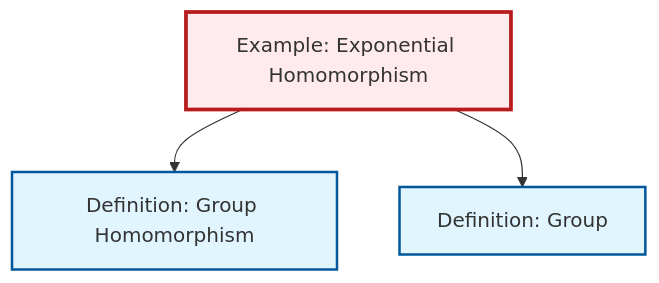
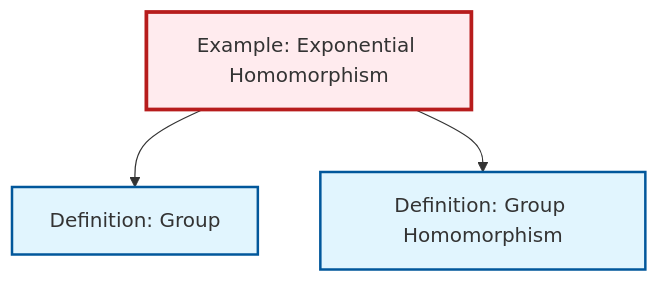
One commit to RK0429/ModernMath changed the diagram in output/mermaid/ex-exponential-homomorphism.mermaid. Above: the diagram before and after it, drawn with Mermaid. The commit also changed other lines of this file and 1111 other files, not shown here.

````diff
--- a/output/mermaid/ex-exponential-homomorphism.mermaid
+++ b/output/mermaid/ex-exponential-homomorphism.mermaid
@@ -1,15 +1,15 @@
 ```{mermaid}
 %%| fig-cap: "Local dependency graph"
 graph TD
     classDef definition fill:#e1f5fe,stroke:#01579b,stroke-width:2px
     classDef theorem fill:#f3e5f5,stroke:#4a148c,stroke-width:2px
     classDef axiom fill:#fff3e0,stroke:#e65100,stroke-width:2px
     classDef example fill:#e8f5e9,stroke:#1b5e20,stroke-width:2px
     classDef current fill:#ffebee,stroke:#b71c1c,stroke-width:3px
+    def-homomorphism["Definition: Group Homomorphism"]:::definition
+    ex-exponential-homomorphism["Example: Exponential Homomorphism"]:::example
     def-group["Definition: Group"]:::definition
-    ex-exponential-homomorphism["Example: Exponential Homomorphism"]:::example
-    def-homomorphism["Definition: Group Homomorphism"]:::definition
+    ex-exponential-homomorphism --> def-group
     ex-exponential-homomorphism --> def-homomorphism
-    ex-exponential-homomorphism --> def-group
     class ex-exponential-homomorphism current
 ```
````
